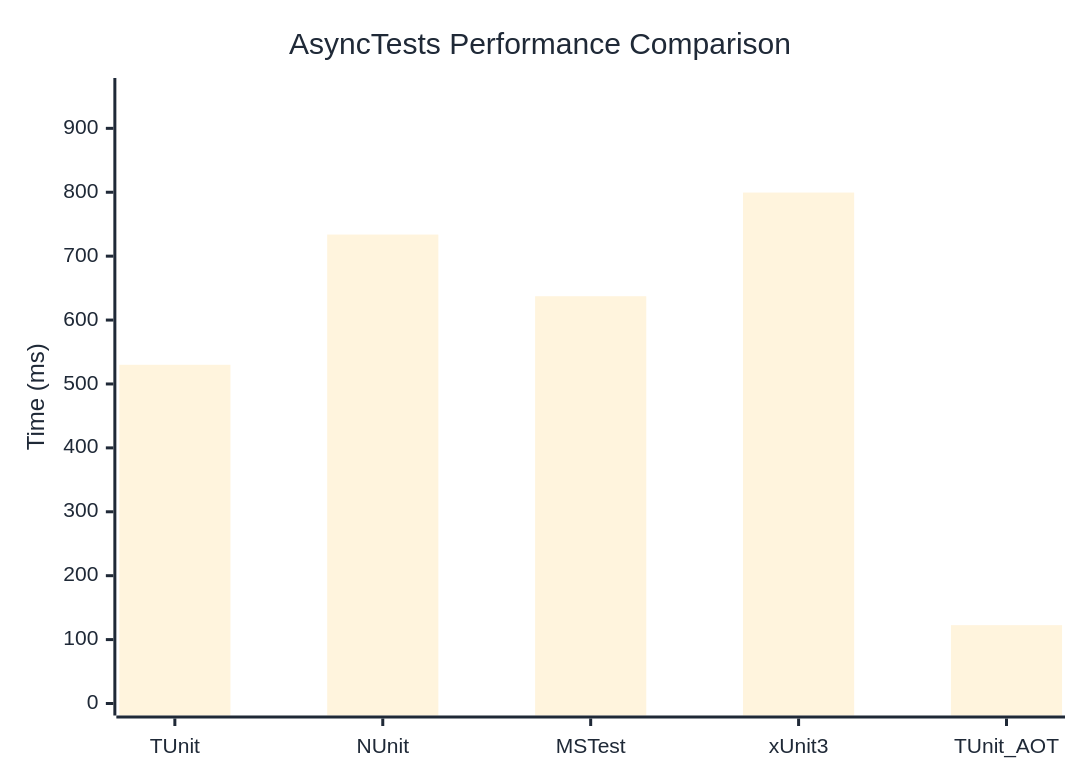
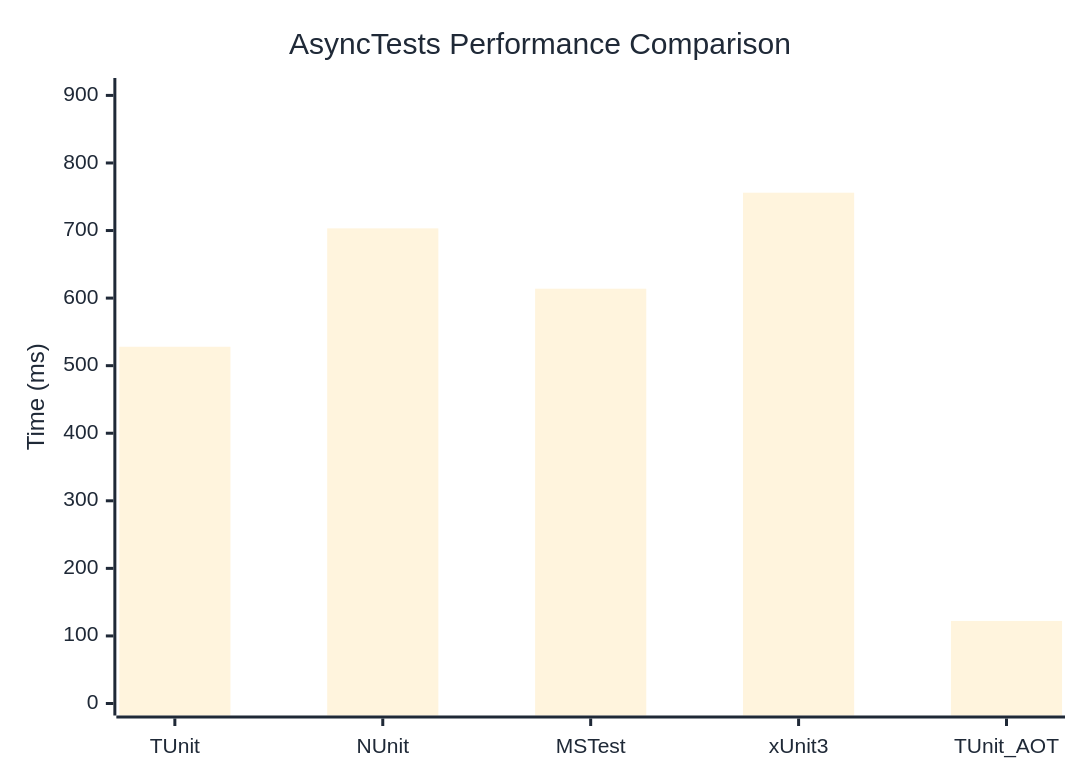
The diagram in docs/docs/benchmarks/AsyncTests.md (thomhurst/TUnit), drawn with Mermaid before and after one commit. The commit also changed other lines of this file and 17 other files, not shown here.

````diff
--- a/docs/docs/benchmarks/AsyncTests.md
+++ b/docs/docs/benchmarks/AsyncTests.md
@@ -27,37 +27,37 @@
 ```mermaid
 %%{init: {
   'theme':'base',
   'themeVariables': {
     'primaryColor': '#2563eb',
     'primaryTextColor': '#1f2937',
     'primaryBorderColor': '#1e40af',
     'lineColor': '#6b7280',
     'secondaryColor': '#7c3aed',
     'tertiaryColor': '#dc2626',
     'background': '#ffffff',
     'mainBkg': '#2563eb',
     'secondBkg': '#7c3aed',
     'tertiaryBkg': '#dc2626',
     'clusterBkg': '#f3f4f6',
     'edgeLabelBackground': '#ffffff',
     'tertiaryTextColor': '#1f2937',
     'pie1': '#2563eb',
     'pie2': '#7c3aed',
     'pie3': '#dc2626',
     'pie4': '#f59e0b',
     'pie5': '#10b981',
     'pie6': '#06b6d4',
     'pie7': '#ec4899',
     'pie8': '#6366f1',
     'pie9': '#84cc16',
     'pie10': '#f97316',
     'pie11': '#14b8a6',
     'pie12': '#a855f7'
   }
 }}%%
 xychart-beta
   title "AsyncTests Performance Comparison"
   x-axis ["TUnit", "NUnit", "MSTest", "xUnit3", "TUnit_AOT"]
-  y-axis "Time (ms)" 0 --> 960
-  bar [530, 733.8, 637.3, 799.5, 122.6]
+  y-axis "Time (ms)" 0 --> 908
+  bar [528, 703.2, 613.9, 756, 122.2]
 ```
````
